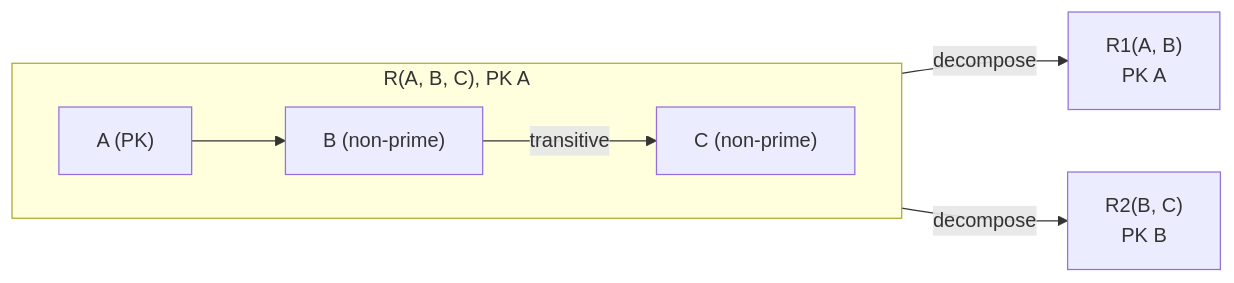
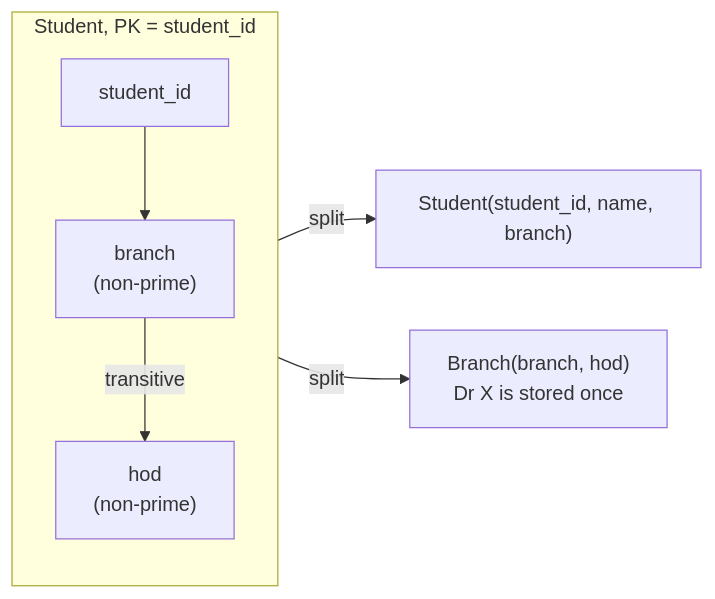
The sixth of 8 diagrams in dbms/11-normalisation.md (aaryan-pradhan/core-cs-fundamentals), drawn with Mermaid before and after one commit. The commit also changed other lines of this file, not shown here.

````diff
--- a/dbms/11-normalisation.md
+++ b/dbms/11-normalisation.md
@@ -236,9 +129,8 @@
-         ```mermaid
-         flowchart LR
-           subgraph Before["R(A, B, C), PK A"]
-             direction LR
-             A["A (PK)"] --> B["B (non-prime)"] -- "transitive" --> C["C (non-prime)"]
-           end
-           Before -- "decompose" --> R1["R1(A, B)<br/>PK A"]
-           Before -- "decompose" --> R2["R2(B, C)<br/>PK B"]
-         ```
+```mermaid
+flowchart LR
+  subgraph BEFORE["Student, PK = student_id"]
+    ID["student_id"] --> B["branch<br/>(non-prime)"] -- "transitive" --> H["hod<br/>(non-prime)"]
+  end
+  BEFORE -- "split" --> T1["Student(student_id, name, branch)"]
+  BEFORE -- "split" --> T2["Branch(branch, hod)<br/>Dr X is stored once"]
+```
````
